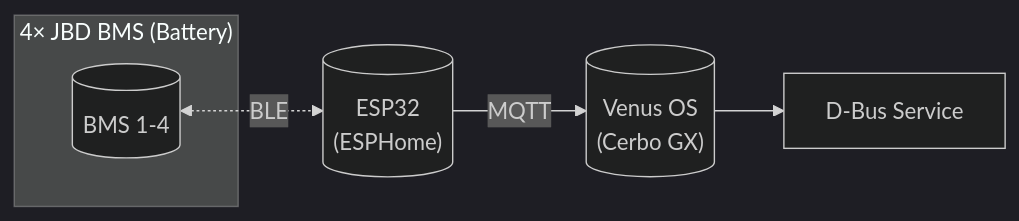
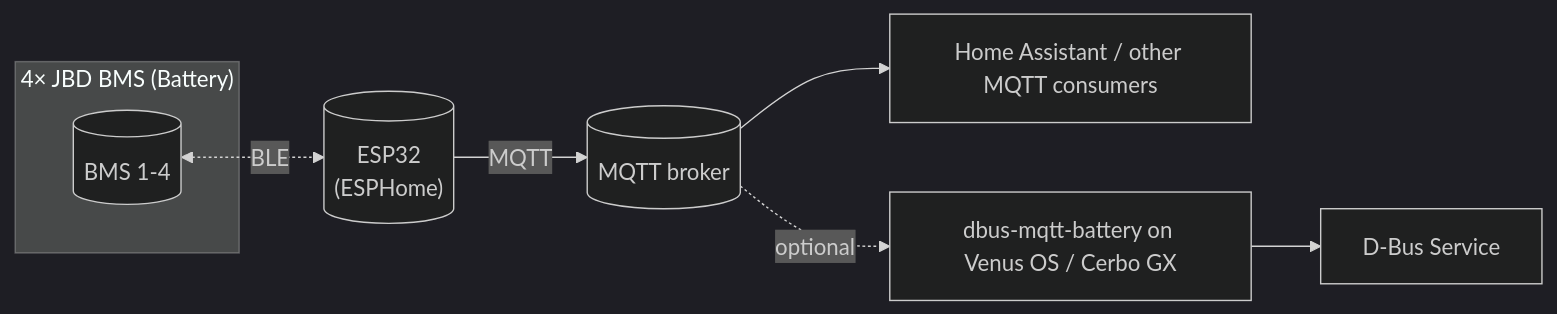
Before and after one commit to victron-venus/esphome-jbd-bms-mqtt: the diagram in README.md, drawn with Mermaid (dark theme). The commit also changed other lines of this file and 1 other file, not shown here.

First line of the commit message:
docs: explain standalone MQTT and Home Assistant monitoring (#113)

````diff
--- a/README.md
+++ b/README.md
@@ -45,9 +54,11 @@
 ```mermaid
 flowchart LR
     subgraph Chain["4× JBD BMS (Battery)"]
         BMS[(BMS 1-4)]
     end
     BMS <-.BLE.-> ESP[("ESP32\n(ESPHome)")]
-    ESP --MQTT--> VO[("Venus OS\n(Cerbo GX)")]
+    ESP --MQTT--> MQTT[(MQTT broker)]
+    MQTT --> HA[Home Assistant / other MQTT consumers]
+    MQTT -. optional .-> VO[dbus-mqtt-battery on Venus OS / Cerbo GX]
     VO --> DBUS[D-Bus Service]
 ```
````
